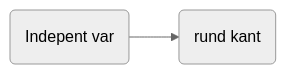
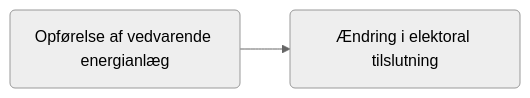
One commit to aleksanderbl29/bachelor changed the first of 2 diagrams in synopsis/præsentation af ide/præsentation.qmd. Above: the diagram before and after it, drawn with Mermaid (neutral theme). The commit also changed other lines of this file, not shown here.

Commit message:
Add Mermaid theme to presentation.qmd

````diff
--- a/synopsis/præsentation af ide/præsentation.qmd
+++ b/synopsis/præsentation af ide/præsentation.qmd
@@ -36,4 +29,4 @@
 ```{mermaid}
 flowchart LR
-  A(Indepent var) --> B(rund kant)
+  A(Opførelse af vedvarende energianlæg) --> B(Ændring i elektoral tilslutning)
 ```
````
